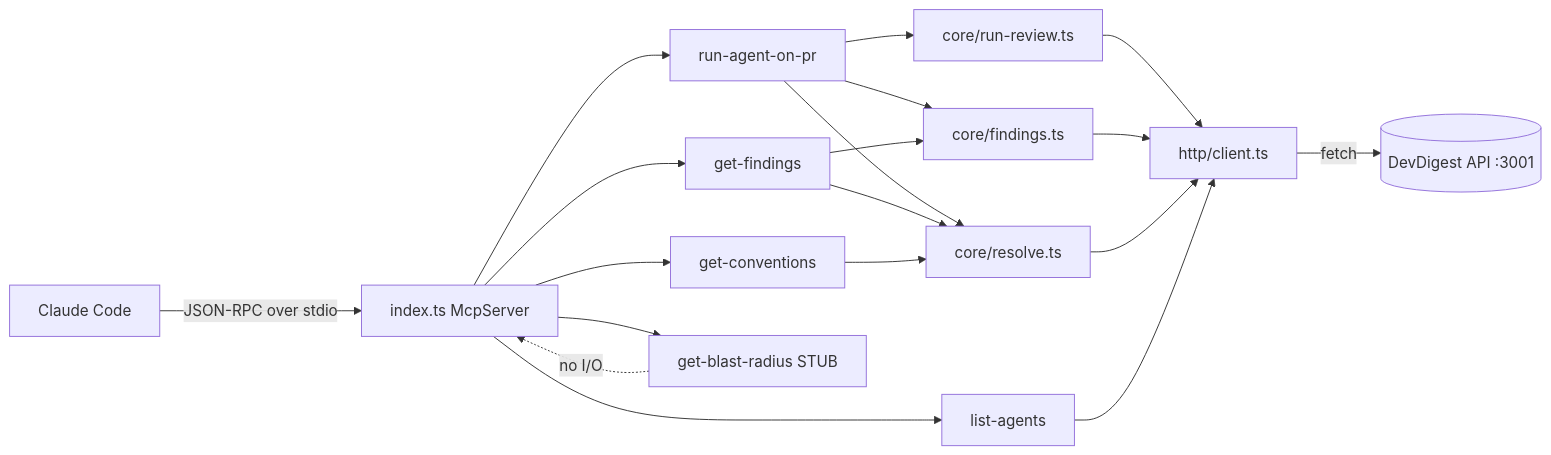
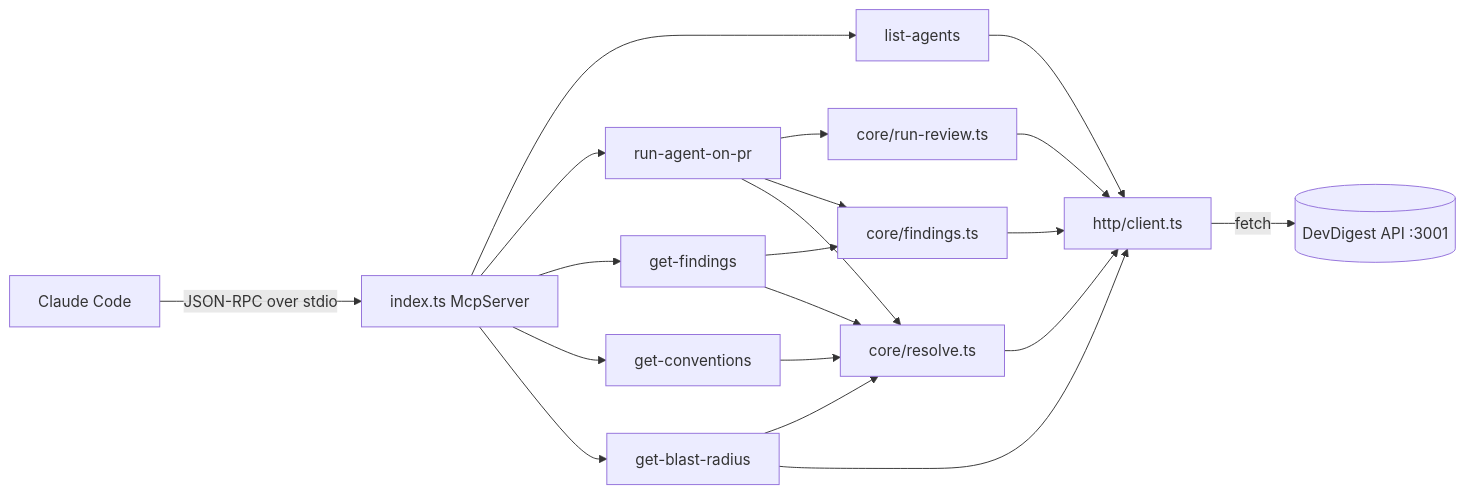
One commit to ZhabskyiO/dev-digest changed the diagram in mcp-server/README.md. Above: the diagram before and after it, drawn with Mermaid. The commit also changed other lines of this file and 30 other files, not shown here.

````diff
--- a/mcp-server/README.md
+++ b/mcp-server/README.md
@@ -8,16 +8,16 @@
 ```mermaid
 flowchart LR
   CC[Claude Code] -- JSON-RPC over stdio --> IDX[index.ts McpServer]
   IDX --> T1[list-agents]
   IDX --> T2[run-agent-on-pr]
   IDX --> T3[get-findings]
   IDX --> T4[get-conventions]
-  IDX --> T5[get-blast-radius STUB]
+  IDX --> T5[get-blast-radius]
   T2 --> RR[core/run-review.ts]
   T2 & T3 --> CF[core/findings.ts]
-  T2 & T3 & T4 --> RES[core/resolve.ts]
+  T2 & T3 & T4 & T5 --> RES[core/resolve.ts]
   RR & CF & RES --> HC[http/client.ts]
   T1 --> HC
   HC -- fetch --> API[(DevDigest API :3001)]
-  T5 -. no I/O .-> IDX
+  T5 --> HC
 ```
````
